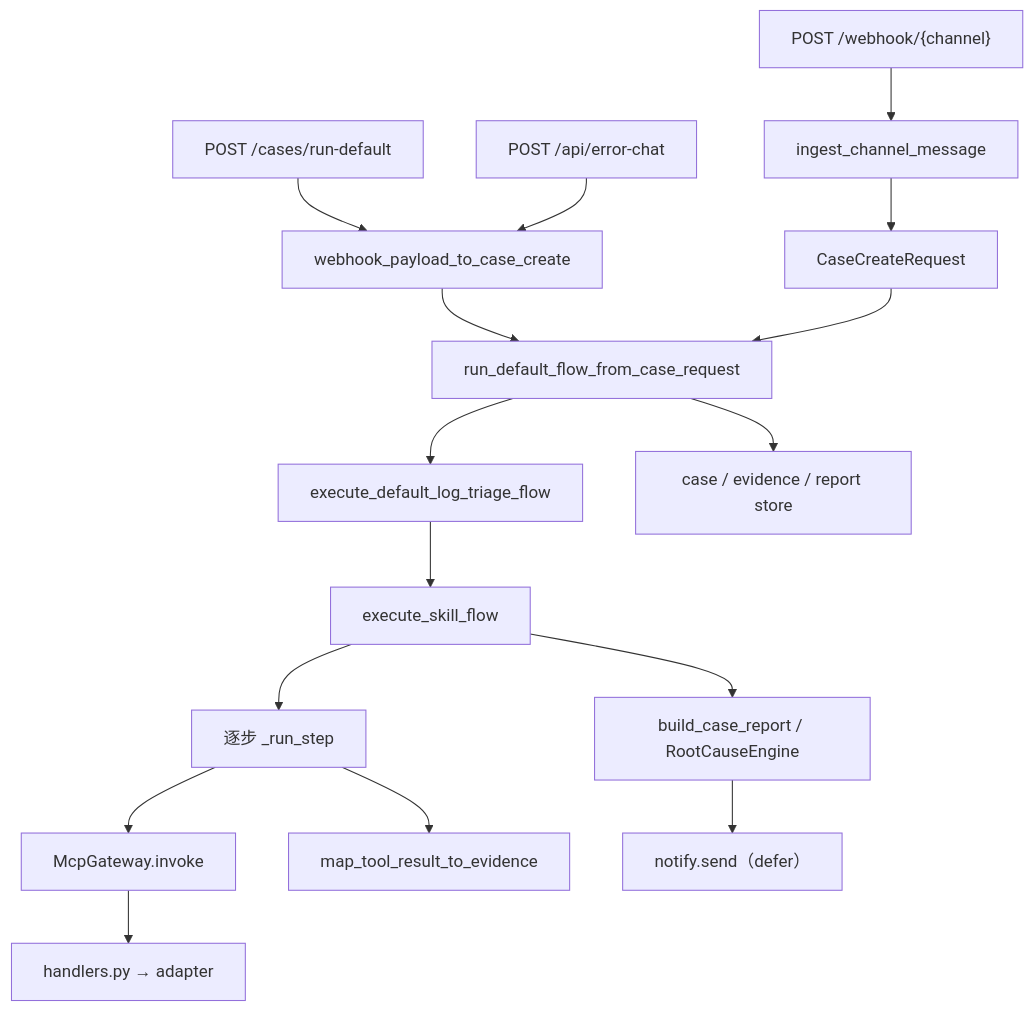
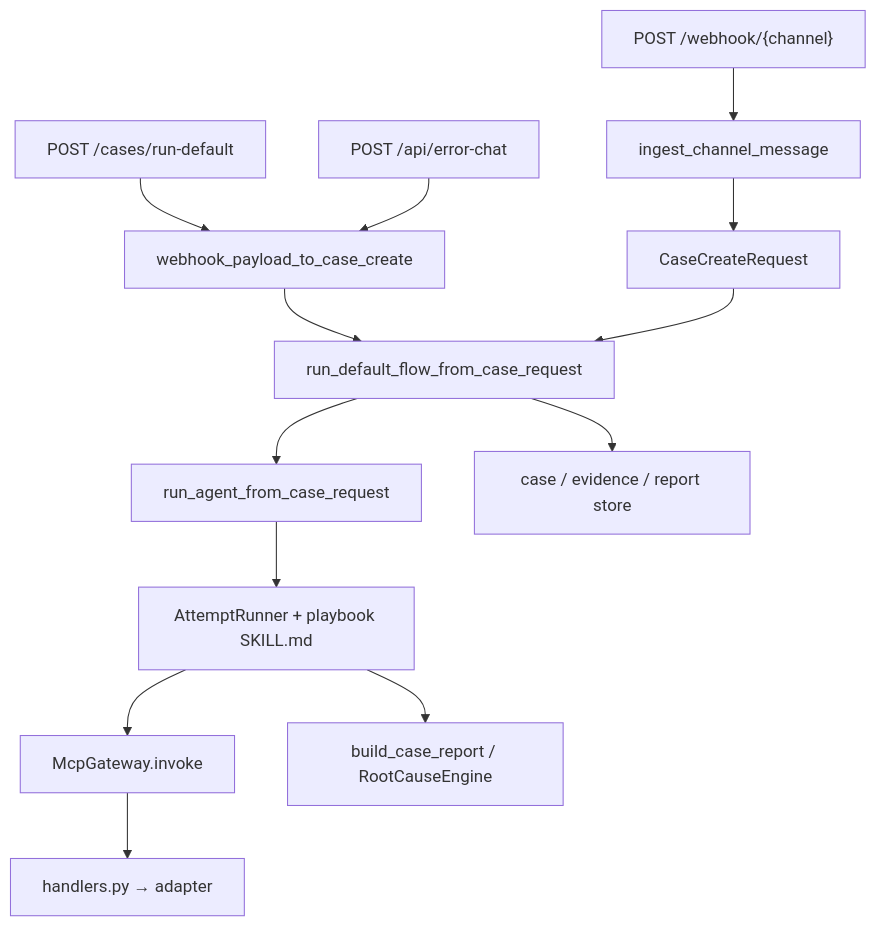
Before and after one commit to iceycn/root-seeker-v2: the first of 2 diagrams in docs/business-logic/03-default-triage-flow.md, drawn with Mermaid. The commit also changed other lines of this file and 10 other files, not shown here.

Commit message:
docs(skill): record Agent playbook as default path

````diff
--- a/docs/business-logic/03-default-triage-flow.md
+++ b/docs/business-logic/03-default-triage-flow.md
@@ -42,18 +42,15 @@
 ```mermaid
 flowchart TD
     A["POST /cases/run-default"] --> W["webhook_payload_to_case_create"]
     B["POST /webhook/{channel}"] --> I["ingest_channel_message"]
     I --> C["CaseCreateRequest"]
     D["POST /api/error-chat"] --> W
     W --> R["run_default_flow_from_case_request"]
     C --> R
-    R --> E["execute_default_log_triage_flow"]
-    E --> S["execute_skill_flow"]
-    S --> L["逐步 _run_step"]
-    L --> G["McpGateway.invoke"]
+    R --> E["run_agent_from_case_request"]
+    E --> S["AttemptRunner + playbook SKILL.md"]
+    S --> G["McpGateway.invoke"]
     G --> H["handlers.py → adapter"]
-    L --> M["map_tool_result_to_evidence"]
     S --> BCR["build_case_report / RootCauseEngine"]
-    BCR --> N["notify.send（defer）"]
     R --> ST["case / evidence / report store"]
 ```
````
